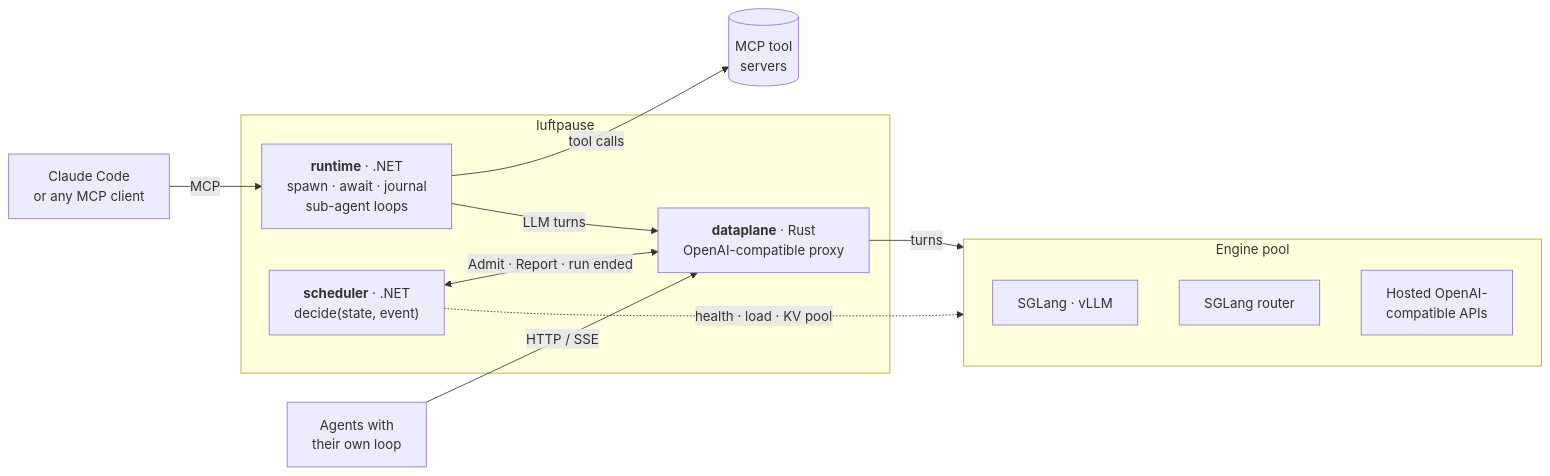
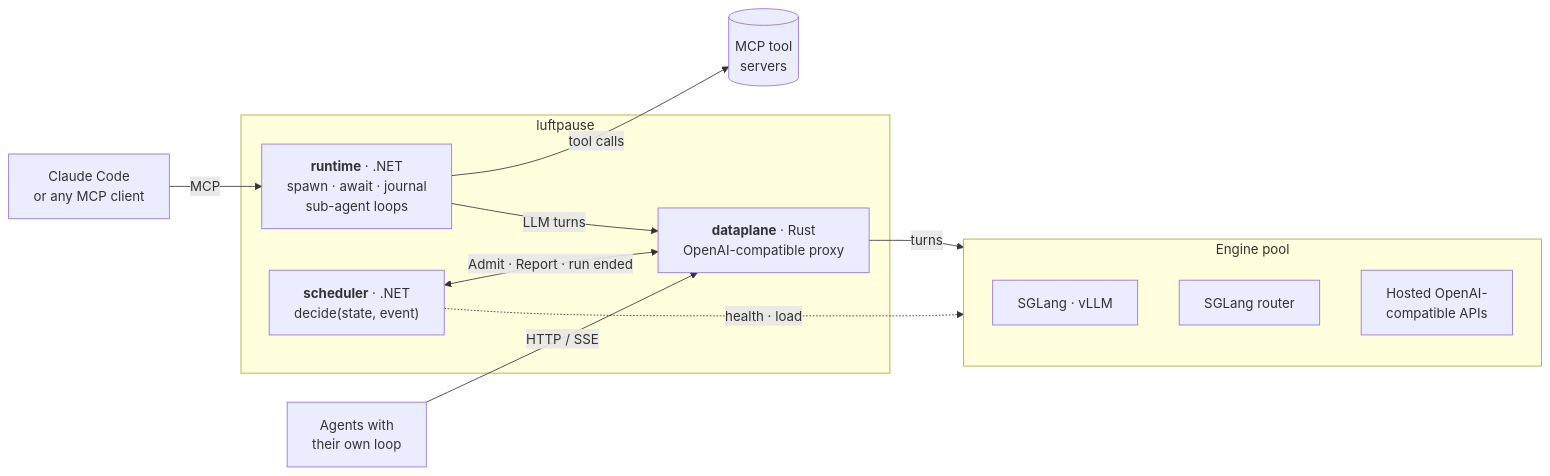
One commit to luftpause/luftpause changed the diagram in README.md. Above: the diagram before and after it, drawn with Mermaid. The commit also changed other lines of this file, not shown here.

````diff
--- a/README.md
+++ b/README.md
@@ -96,29 +97,29 @@
 ```mermaid
 %%{init: {"themeVariables": {"fontFamily": "-apple-system, Segoe UI, Helvetica, Arial, sans-serif"}, "flowchart": {"wrappingWidth": 260}}}%%
 flowchart LR
     mcp["Claude Code<br/>or any MCP client"]
     own["Agents with<br/>their own loop"]
 
     subgraph lp["luftpause"]
         runtime["<b>runtime</b> · .NET<br/>spawn · await · journal<br/>sub-agent loops"]
         dp["<b>dataplane</b> · Rust<br/>OpenAI-compatible proxy"]
         sched["<b>scheduler</b> · .NET<br/>decide(state, event)"]
     end
 
     tools[("MCP tool<br/>servers")]
 
     subgraph pool["Engine pool"]
         direction TB
         engines["SGLang · vLLM"]
         router["SGLang router"]
         hosted["Hosted OpenAI-<br/>compatible APIs"]
     end
 
     mcp -- MCP --> runtime
     own -- "HTTP / SSE" --> dp
     runtime -- "tool calls" --> tools
     runtime -- "LLM turns" --> dp
     dp -- "turns" --> pool
     sched <-- "Admit · Report · run ended" --> dp
-    sched -. "health · load · KV pool" .-> pool
+    sched -. "health · load" .-> pool
 ```
````
